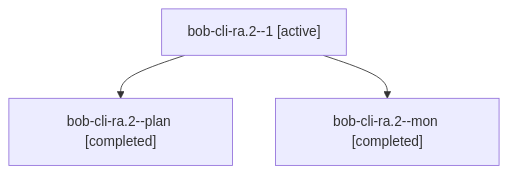
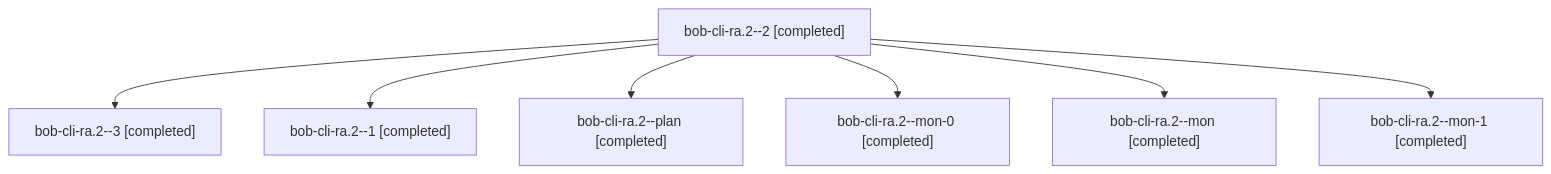
One commit to bobs-org/bob-cli--agents changed the diagram in sessions/bbugyi200.apollo.bob-cli-ra.2.md. Above: the diagram before and after it, drawn with Mermaid. The commit also changed other lines of this file and 54 other files, not shown here.

````diff
--- a/sessions/bbugyi200.apollo.bob-cli-ra.2.md
+++ b/sessions/bbugyi200.apollo.bob-cli-ra.2.md
@@ -9,8 +9,16 @@
 ```mermaid
 flowchart TD
-  n0["bob-cli-ra.2--1 [active]"]
-  n1["bob-cli-ra.2--plan [completed]"]
+  n0["bob-cli-ra.2--2 [completed]"]
+  n1["bob-cli-ra.2--3 [completed]"]
   n0 --> n1
-  n2["bob-cli-ra.2--mon [completed]"]
+  n2["bob-cli-ra.2--1 [completed]"]
   n0 --> n2
+  n3["bob-cli-ra.2--plan [completed]"]
+  n0 --> n3
+  n4["bob-cli-ra.2--mon-0 [completed]"]
+  n0 --> n4
+  n5["bob-cli-ra.2--mon [completed]"]
+  n0 --> n5
+  n6["bob-cli-ra.2--mon-1 [completed]"]
+  n0 --> n6
 ```
````
